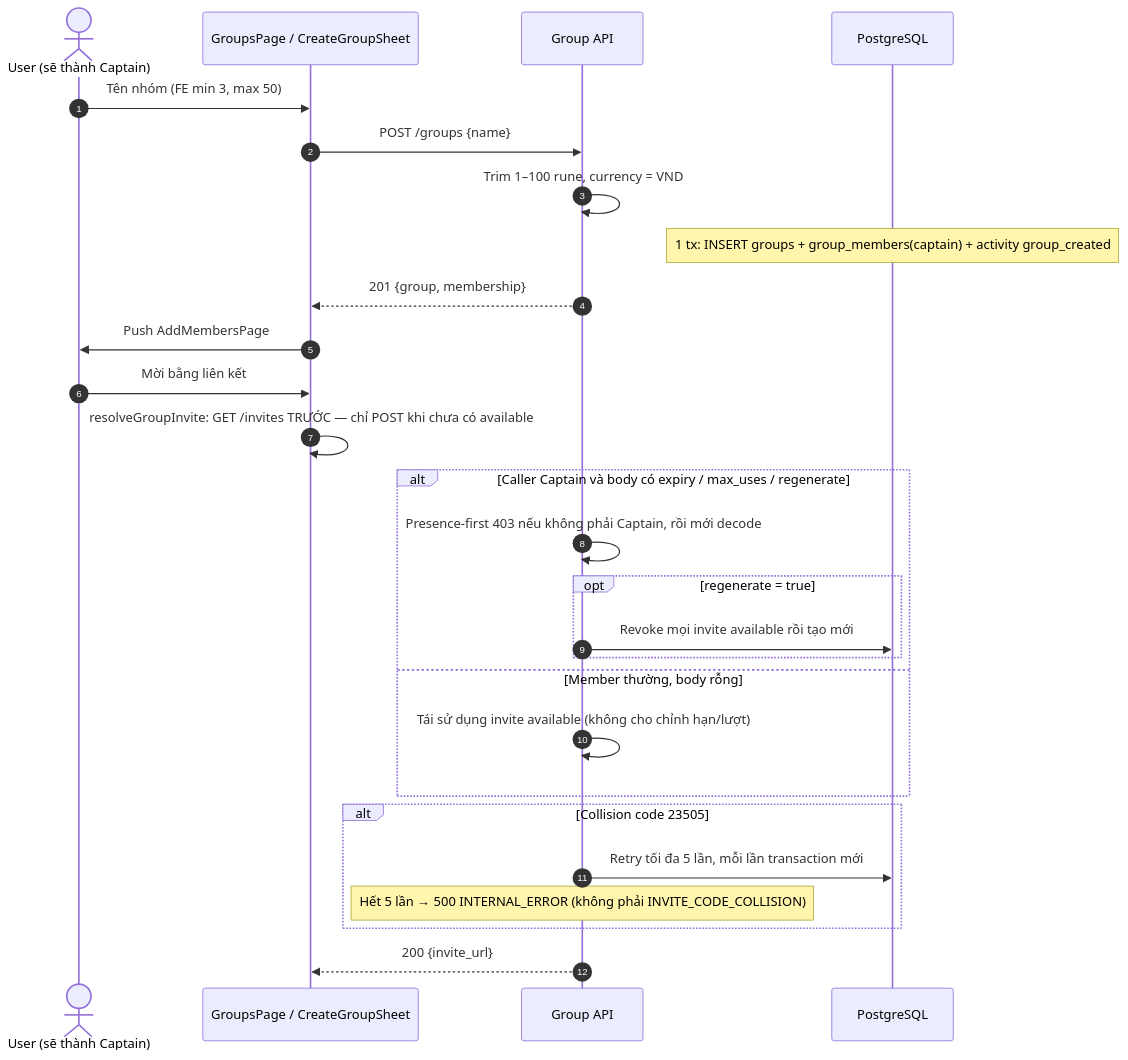
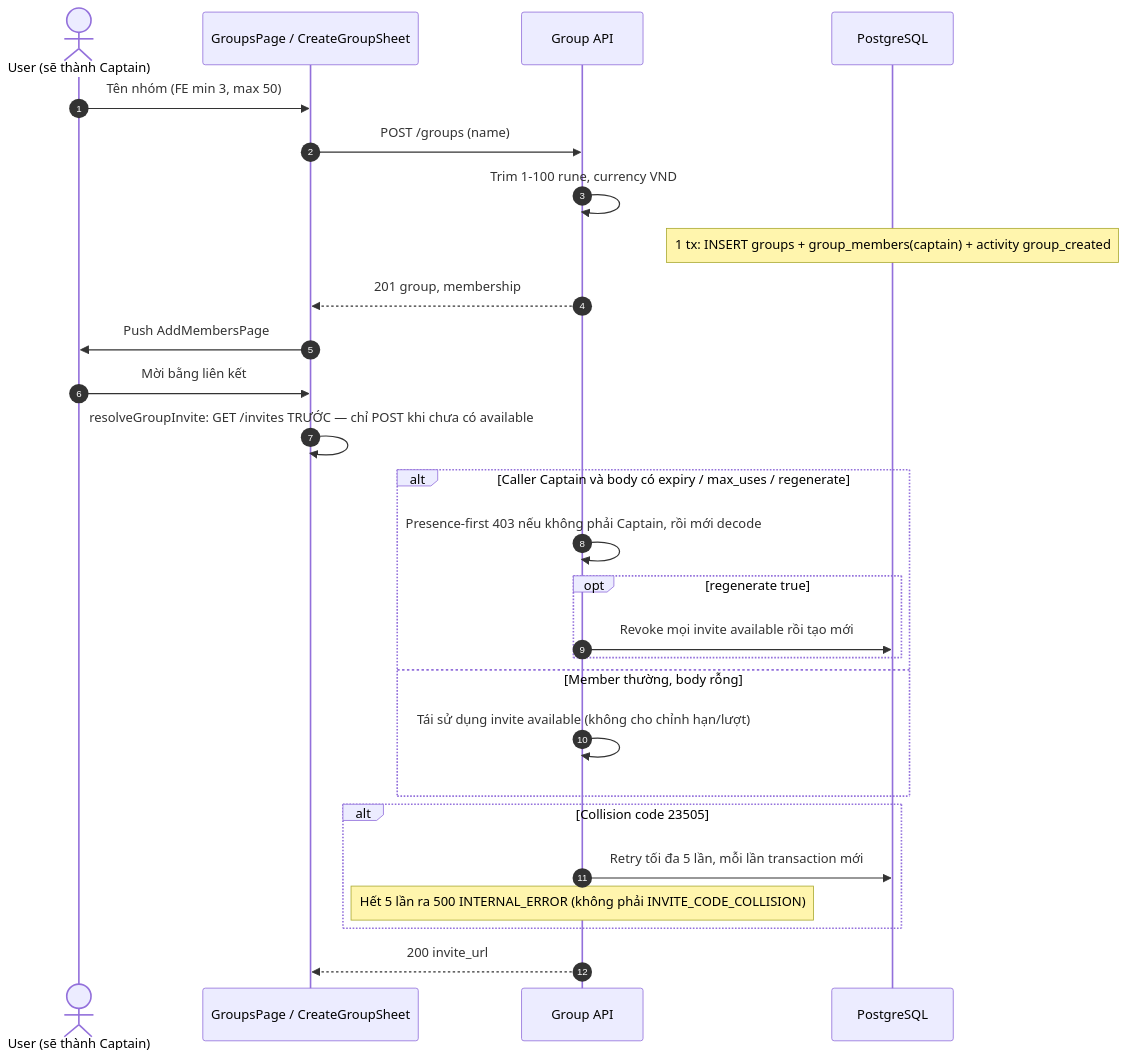
Before and after one commit to FintechVSF-Tranning/PaySplit-RP: the first of 7 diagrams in flow/02-group.md, drawn with Mermaid. The commit also changed other lines of this file and 7 other files, not shown here.

First line of the commit message:
Refactor notification flow and admin management documentation

````diff
--- a/flow/02-group.md
+++ b/flow/02-group.md
@@ -92,31 +92,31 @@
 ```mermaid
 sequenceDiagram
     autonumber
     actor U as User (sẽ thành Captain)
     participant FE as GroupsPage / CreateGroupSheet
     participant BE as Group API
     participant DB as PostgreSQL
 
     U->>FE: Tên nhóm (FE min 3, max 50)
-    FE->>BE: POST /groups {name}
-    BE->>BE: Trim 1–100 rune, currency = VND
+    FE->>BE: POST /groups (name)
+    BE->>BE: Trim 1-100 rune, currency VND
     Note over DB: 1 tx: INSERT groups + group_members(captain) + activity group_created
-    BE-->>FE: 201 {group, membership}
+    BE-->>FE: 201 group, membership
     FE->>U: Push AddMembersPage
 
     U->>FE: Mời bằng liên kết
     FE->>FE: resolveGroupInvite: GET /invites TRƯỚC — chỉ POST khi chưa có available
     alt Caller Captain và body có expiry / max_uses / regenerate
         BE->>BE: Presence-first 403 nếu không phải Captain, rồi mới decode
-        opt regenerate = true
+        opt regenerate true
             BE->>DB: Revoke mọi invite available rồi tạo mới
         end
     else Member thường, body rỗng
         BE->>BE: Tái sử dụng invite available (không cho chỉnh hạn/lượt)
     end
     alt Collision code 23505
         BE->>DB: Retry tối đa 5 lần, mỗi lần transaction mới
-        Note over BE: Hết 5 lần → 500 INTERNAL_ERROR (không phải INVITE_CODE_COLLISION)
+        Note over BE: Hết 5 lần ra 500 INTERNAL_ERROR (không phải INVITE_CODE_COLLISION)
     end
-    BE-->>FE: 200 {invite_url}
+    BE-->>FE: 200 invite_url
 ```
````
